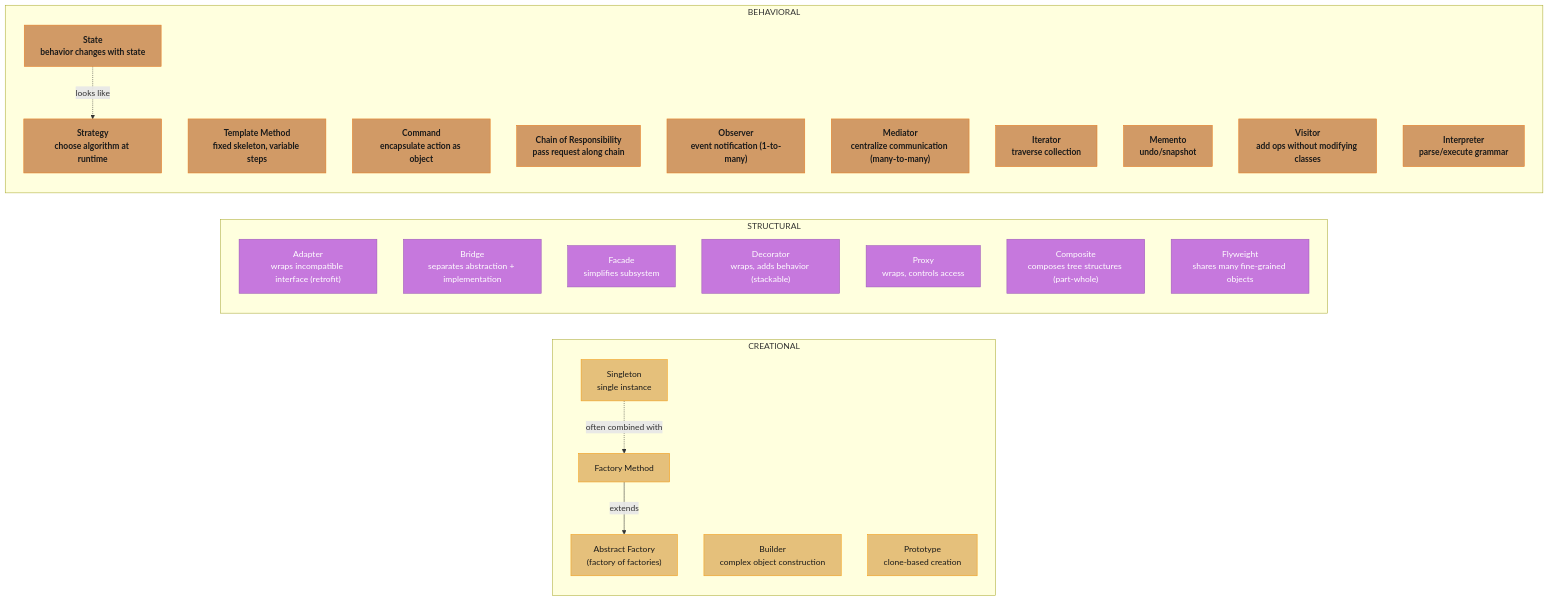
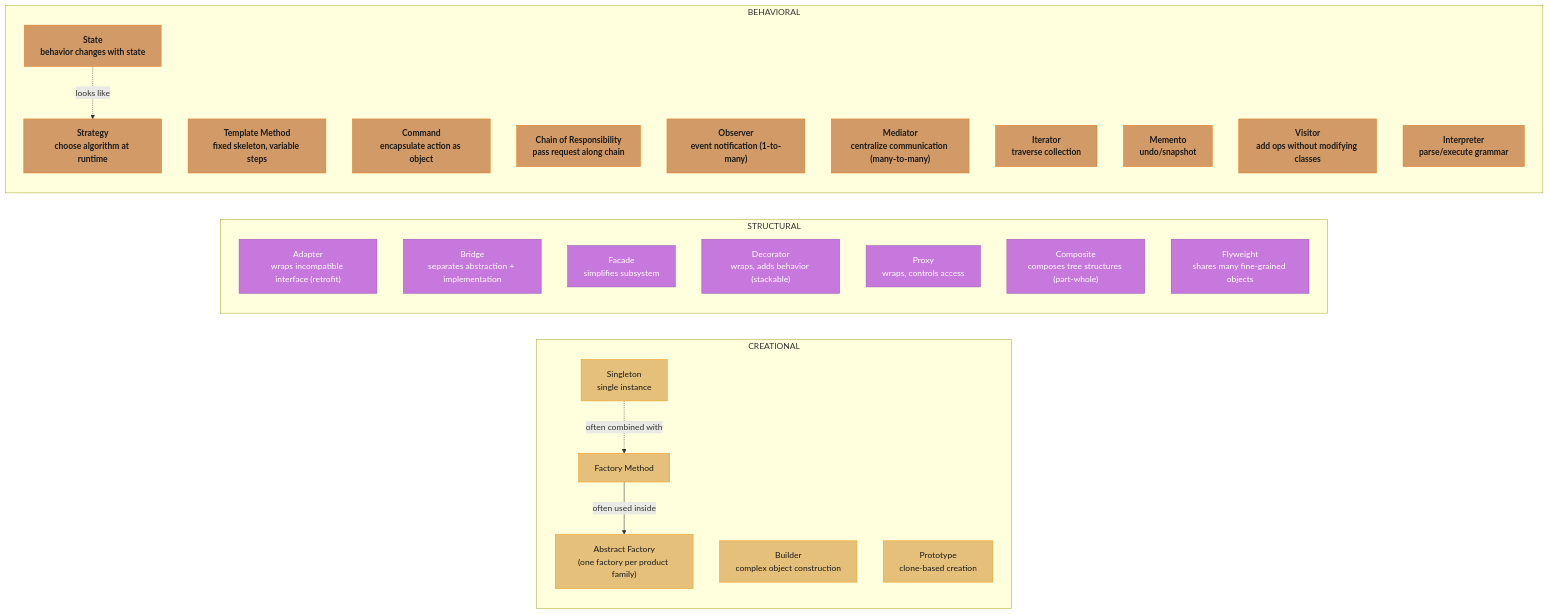
The first of 2 diagrams in src/main/java/com/rutik/systemdesign/lld/pattern_comparisons/README.md (rppol/system-design), drawn with Mermaid before and after one commit. The commit also changed other lines of this file and 10 other files, not shown here.

````diff
--- a/src/main/java/com/rutik/systemdesign/lld/pattern_comparisons/README.md
+++ b/src/main/java/com/rutik/systemdesign/lld/pattern_comparisons/README.md
@@ -51,47 +51,47 @@
 ```mermaid
 flowchart LR
     classDef base   fill:#e5c07b,stroke:#f39c12,color:#1a1a1a
     classDef frozen fill:#c678dd,stroke:#9b59b6,color:#fff
     classDef mathOp fill:#d19a66,stroke:#e67e22,color:#1a1a1a,font-weight:bold
 
     subgraph CR["CREATIONAL"]
         direction TB
-        FM["Factory Method"] -->|extends| AF["Abstract Factory<br/>(factory of factories)"]
+        FM["Factory Method"] -->|often used inside| AF["Abstract Factory<br/>(one factory per product family)"]
         BLD["Builder<br/>complex object construction"]
         PRO["Prototype<br/>clone-based creation"]
         SIN["Singleton<br/>single instance"]
     end
 
     subgraph ST["STRUCTURAL"]
         direction TB
         ADP["Adapter<br/>wraps incompatible interface (retrofit)"]
         BRI["Bridge<br/>separates abstraction + implementation"]
         FAC["Facade<br/>simplifies subsystem"]
         DEC["Decorator<br/>wraps, adds behavior (stackable)"]
         PRX["Proxy<br/>wraps, controls access"]
         CMP["Composite<br/>composes tree structures (part-whole)"]
         FLY["Flyweight<br/>shares many fine-grained objects"]
     end
 
     subgraph BE["BEHAVIORAL"]
         direction TB
         STR["Strategy<br/>choose algorithm at runtime"]
         STA["State<br/>behavior changes with state"]
         TM["Template Method<br/>fixed skeleton, variable steps"]
         CMD["Command<br/>encapsulate action as object"]
         COR["Chain of Responsibility<br/>pass request along chain"]
         OBS["Observer<br/>event notification (1-to-many)"]
         MED["Mediator<br/>centralize communication (many-to-many)"]
         ITR["Iterator<br/>traverse collection"]
         MEM["Memento<br/>undo/snapshot"]
         VIS["Visitor<br/>add ops without modifying classes"]
         INT["Interpreter<br/>parse/execute grammar"]
     end
 
     SIN -.->|often combined with| FM
     STA -.->|looks like| STR
 
     class FM,AF,BLD,PRO,SIN base
     class ADP,BRI,FAC,DEC,PRX,CMP,FLY frozen
     class STR,STA,TM,CMD,COR,OBS,MED,ITR,MEM,VIS,INT mathOp
 ```
````
